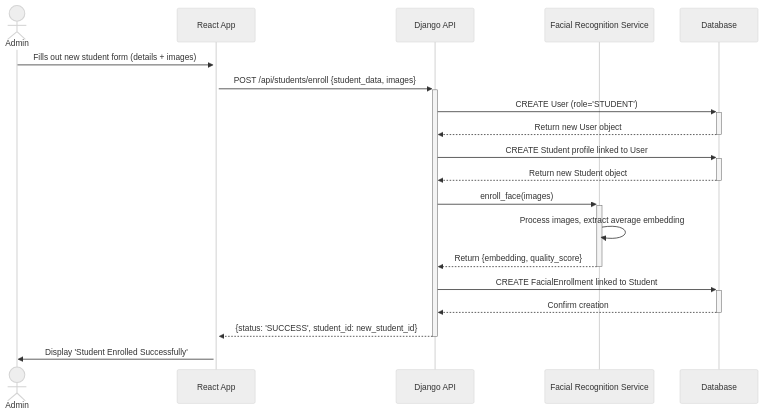
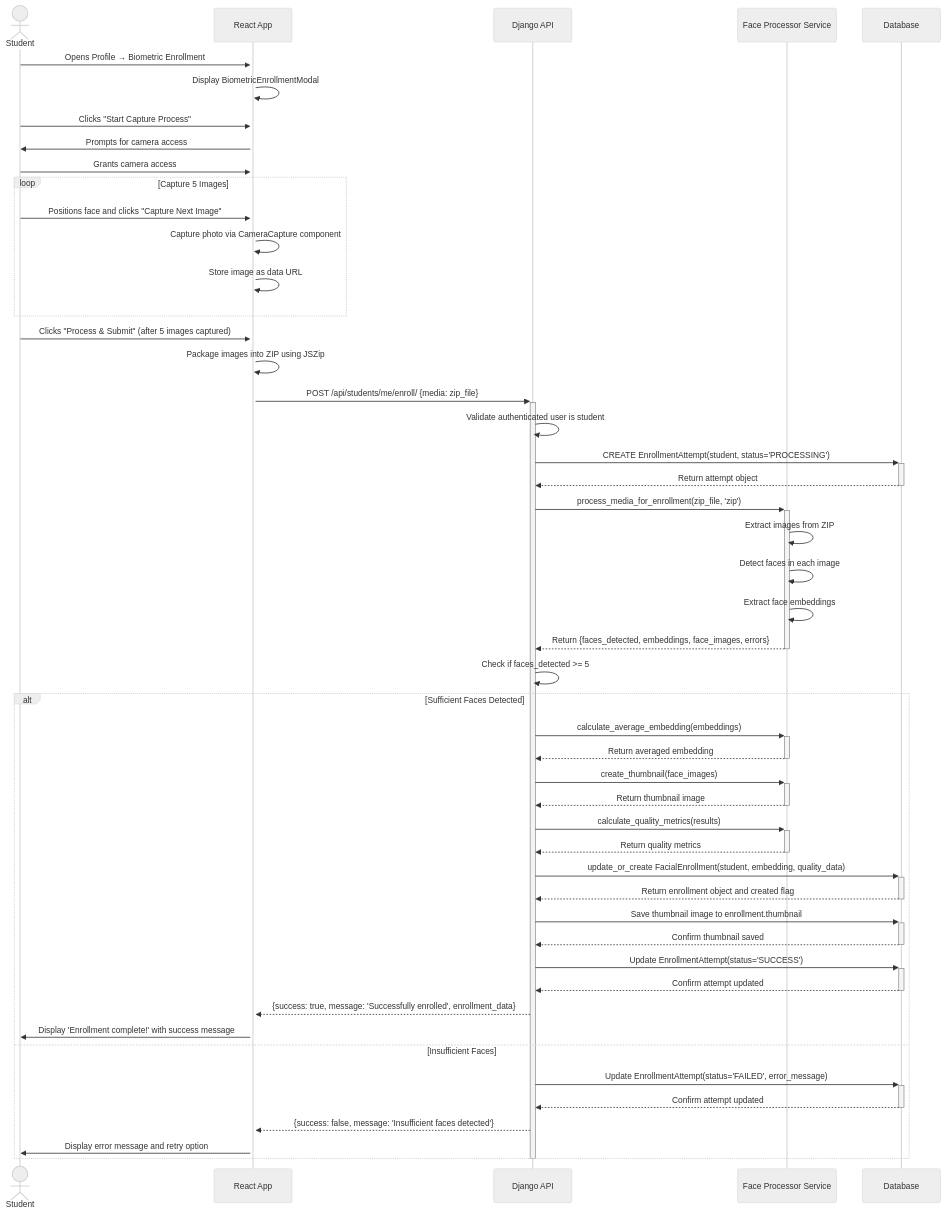
The second of 3 diagrams in docs/SEQUENCE_DIAGRAMS.md (eugene-sew/bioatten-backend), drawn with Mermaid (neutral theme) before and after one commit. The commit also changed other lines of this file and 53 other files, not shown here.

````diff
--- a/docs/SEQUENCE_DIAGRAMS.md
+++ b/docs/SEQUENCE_DIAGRAMS.md
@@ -52,28 +78,62 @@
 ```mermaid
 sequenceDiagram
-    actor Admin
+    actor Student
     participant Frontend as React App
     participant Backend as Django API
-    participant FaceRec as Facial Recognition Service
+    participant FaceProcessor as Face Processor Service
     participant DB as Database
 
-    Admin->>+Frontend: Fills out new student form (details + images)
-    Frontend->>+Backend: POST /api/students/enroll {student_data, images}
-
-    Backend->>+DB: CREATE User (role='STUDENT')
-    DB-->>-Backend: Return new User object
-
-    Backend->>+DB: CREATE Student profile linked to User
-    DB-->>-Backend: Return new Student object
-
-    Backend->>+FaceRec: enroll_face(images)
-    FaceRec->>FaceRec: Process images, extract average embedding
-    FaceRec-->>-Backend: Return {embedding, quality_score}
-
-    Backend->>+DB: CREATE FacialEnrollment linked to Student
-    DB-->>-Backend: Confirm creation
-
-    Backend-->>-Frontend: {status: 'SUCCESS', student_id: new_student_id}
-    Frontend->>Admin: Display 'Student Enrolled Successfully'
+    Student->>+Frontend: Opens Profile → Biometric Enrollment
+    Frontend->>Frontend: Display BiometricEnrollmentModal
+    Student->>Frontend: Clicks "Start Capture Process"
+    Frontend->>Student: Prompts for camera access
+    Student->>Frontend: Grants camera access
+    
+    loop Capture 5 Images
+        Student->>Frontend: Positions face and clicks "Capture Next Image"
+        Frontend->>Frontend: Capture photo via CameraCapture component
+        Frontend->>Frontend: Store image as data URL
+    end
+    
+    Student->>Frontend: Clicks "Process & Submit" (after 5 images captured)
+    Frontend->>Frontend: Package images into ZIP using JSZip
+    Frontend->>+Backend: POST /api/students/me/enroll/ {media: zip_file}
+    
+    Backend->>Backend: Validate authenticated user is student
+    Backend->>+DB: CREATE EnrollmentAttempt(student, status='PROCESSING')
+    DB-->>-Backend: Return attempt object
+    
+    Backend->>+FaceProcessor: process_media_for_enrollment(zip_file, 'zip')
+    FaceProcessor->>FaceProcessor: Extract images from ZIP
+    FaceProcessor->>FaceProcessor: Detect faces in each image
+    FaceProcessor->>FaceProcessor: Extract face embeddings
+    FaceProcessor-->>-Backend: Return {faces_detected, embeddings, face_images, errors}
+    
+    Backend->>Backend: Check if faces_detected >= 5
+    
+    alt Sufficient Faces Detected
+        Backend->>+FaceProcessor: calculate_average_embedding(embeddings)
+        FaceProcessor-->>-Backend: Return averaged embedding
+        Backend->>+FaceProcessor: create_thumbnail(face_images)
+        FaceProcessor-->>-Backend: Return thumbnail image
+        Backend->>+FaceProcessor: calculate_quality_metrics(results)
+        FaceProcessor-->>-Backend: Return quality metrics
+        
+        Backend->>+DB: update_or_create FacialEnrollment(student, embedding, quality_data)
+        DB-->>-Backend: Return enrollment object and created flag
+        Backend->>+DB: Save thumbnail image to enrollment.thumbnail
+        DB-->>-Backend: Confirm thumbnail saved
+        Backend->>+DB: Update EnrollmentAttempt(status='SUCCESS')
+        DB-->>-Backend: Confirm attempt updated
+        
+        Backend-->>Frontend: {success: true, message: 'Successfully enrolled', enrollment_data}
+        Frontend->>Student: Display 'Enrollment complete!' with success message
+    else Insufficient Faces
+        Backend->>+DB: Update EnrollmentAttempt(status='FAILED', error_message)
+        DB-->>-Backend: Confirm attempt updated
+        Backend-->>Frontend: {success: false, message: 'Insufficient faces detected'}
+        Frontend->>Student: Display error message and retry option
+    end
+    deactivate Backend
 
 ```
````
